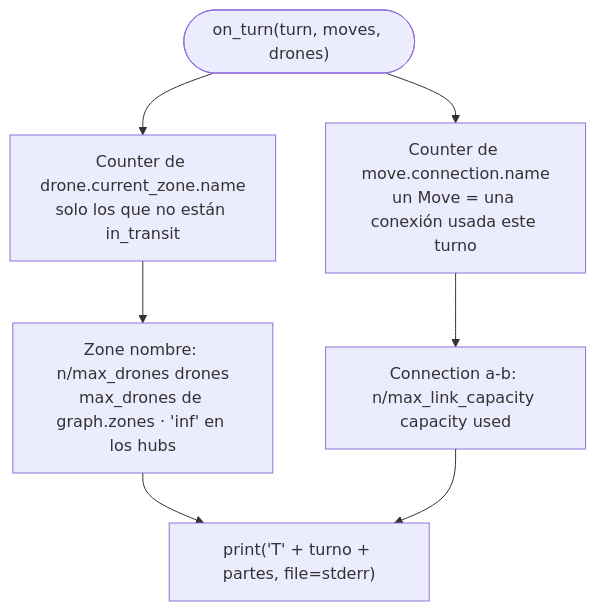
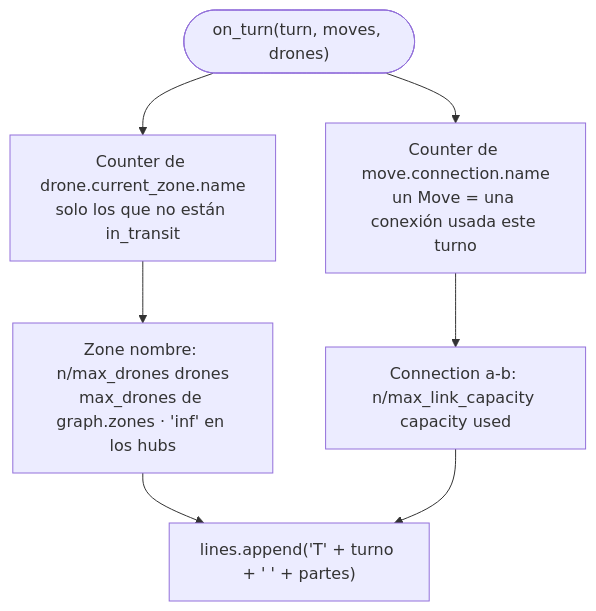
Before and after one commit to 0xARCOS/Fly-In: the second of 3 diagrams in entrega/diagramas/E.6-live-coding-flow.md, drawn with Mermaid. The commit also changed other lines of this file and 136 other files, not shown here.

````diff
--- a/entrega/diagramas/E.6-live-coding-flow.md
+++ b/entrega/diagramas/E.6-live-coding-flow.md
@@ -26,9 +30,9 @@
 ```mermaid
 flowchart TD
     A(["on_turn(turn, moves, drones)"]) --> Z["Counter de drone.current_zone.name<br/>solo los que no están in_transit"]
     A --> L["Counter de move.connection.name<br/>un Move = una conexión usada este turno"]
     Z --> ZT["Zone nombre: n/max_drones drones<br/>max_drones de graph.zones · 'inf' en los hubs"]
     L --> LT["Connection a-b: n/max_link_capacity capacity used"]
-    ZT --> P["print('T' + turno + partes, file=stderr)"]
+    ZT --> P["lines.append('T' + turno + ' ' + partes)"]
     LT --> P
 ```
````
